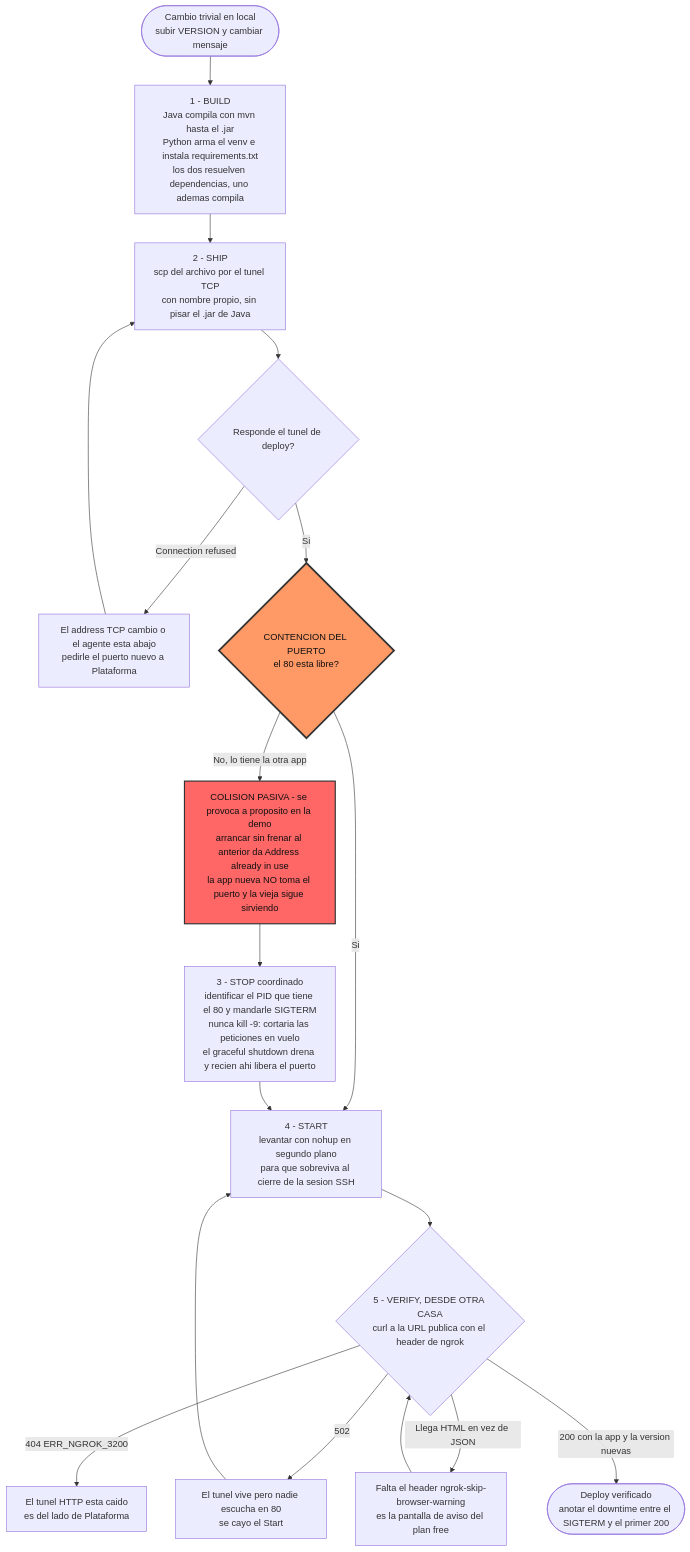
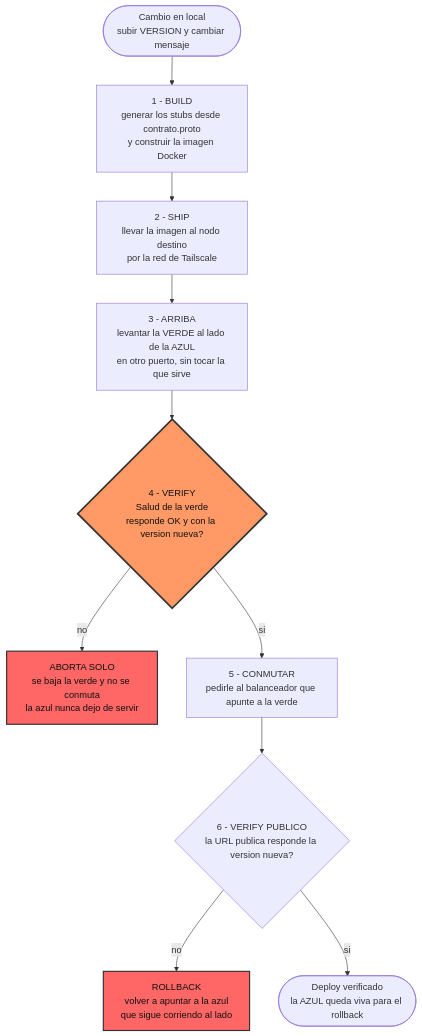
One commit to SDyPPTpGrupal/sdypp_servPython changed the second of 2 diagrams in README.md. Above: the diagram before and after it, drawn with Mermaid. The commit also changed other lines of this file and 5 other files, not shown here.

````diff
--- a/README.md
+++ b/README.md
@@ -141,32 +176,24 @@
 ```mermaid
 flowchart TD
-    START(["Cambio trivial en local<br/>subir VERSION y cambiar mensaje"]) --> BUILD
-    BUILD["1 - BUILD<br/>Java compila con mvn hasta el .jar<br/>Python arma el venv e instala requirements.txt<br/>los dos resuelven dependencias, uno ademas compila"] --> SHIP
-    SHIP["2 - SHIP<br/>scp del archivo por el tunel TCP<br/>con nombre propio, sin pisar el .jar de Java"] --> TUNEL
+    START(["Cambio en local<br/>subir VERSION y cambiar mensaje"]) --> BUILD
+    BUILD["1 - BUILD<br/>generar los stubs desde contrato.proto<br/>y construir la imagen Docker"] --> SHIP
+    SHIP["2 - SHIP<br/>llevar la imagen al nodo destino<br/>por la red de Tailscale"] --> ARRIBA
 
-    TUNEL{"Responde el tunel de deploy?"}
-    TUNEL -->|"Connection refused"| CAIDO["El address TCP cambio o el agente esta abajo<br/>pedirle el puerto nuevo a Plataforma"]
-    CAIDO --> SHIP
-    TUNEL -->|"Si"| CHECK
+    ARRIBA["3 - ARRIBA<br/>levantar la VERDE al lado de la AZUL<br/>en otro puerto, sin tocar la que sirve"] --> VERIFY
 
-    CHECK{"CONTENCION DEL PUERTO<br/>el 80 esta libre?"}
-    CHECK -->|"No, lo tiene la otra app"| COLISION
-    CHECK -->|"Si"| STARTP
+    VERIFY{"4 - VERIFY<br/>Salud de la verde<br/>responde OK y con la version nueva?"}
+    VERIFY -->|"no"| ABORT["ABORTA SOLO<br/>se baja la verde y no se conmuta<br/>la azul nunca dejo de servir"]
+    VERIFY -->|"si"| CONMUTAR
 
-    COLISION["COLISION PASIVA - se provoca a proposito en la demo<br/>arrancar sin frenar al anterior da Address already in use<br/>la app nueva NO toma el puerto y la vieja sigue sirviendo"] --> STOP
+    CONMUTAR["5 - CONMUTAR<br/>pedirle al balanceador que apunte a la verde"] --> PUBLICO
 
-    STOP["3 - STOP coordinado<br/>identificar el PID que tiene el 80 y mandarle SIGTERM<br/>nunca kill -9: cortaria las peticiones en vuelo<br/>el graceful shutdown drena y recien ahi libera el puerto"] --> STARTP
+    PUBLICO{"6 - VERIFY PUBLICO<br/>la URL publica responde la version nueva?"}
+    PUBLICO -->|"no"| ROLLBACK
+    PUBLICO -->|"si"| OK(["Deploy verificado<br/>la AZUL queda viva para el rollback"])
 
-    STARTP["4 - START<br/>levantar con nohup en segundo plano<br/>para que sobreviva al cierre de la sesion SSH"] --> VERIFY
+    ROLLBACK["ROLLBACK<br/>volver a apuntar a la azul<br/>que sigue corriendo al lado"]
 
-    VERIFY{"5 - VERIFY, DESDE OTRA CASA<br/>curl a la URL publica con el header de ngrok"}
-    VERIFY -->|"404 ERR_NGROK_3200"| E404["El tunel HTTP esta caido<br/>es del lado de Plataforma"]
-    VERIFY -->|"502"| E502["El tunel vive pero nadie escucha en 80<br/>se cayo el Start"]
-    E502 --> STARTP
-    VERIFY -->|"Llega HTML en vez de JSON"| EHTML["Falta el header ngrok-skip-browser-warning<br/>es la pantalla de aviso del plan free"]
-    EHTML --> VERIFY
-    VERIFY -->|"200 con la app y la version nuevas"| OK(["Deploy verificado<br/>anotar el downtime entre el SIGTERM y el primer 200"])
-
-    style CHECK fill:#f96,stroke:#333,stroke-width:3px,color:#111
-    style COLISION fill:#f66,stroke:#333,stroke-width:2px,color:#111
+    style VERIFY fill:#f96,stroke:#333,stroke-width:3px,color:#111
+    style ABORT fill:#f66,stroke:#333,stroke-width:2px,color:#111
+    style ROLLBACK fill:#f66,stroke:#333,stroke-width:2px,color:#111
 ```
````
